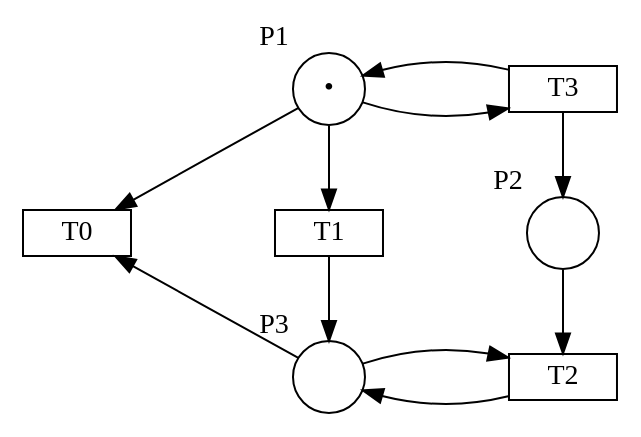
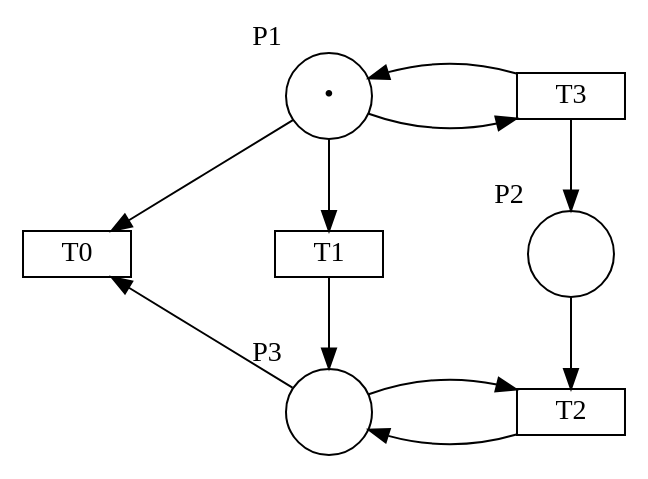
Before and after one commit to hlisdero/thesis: the diagram in dot/reachability-tree-example.dot, drawn with Graphviz. The commit also changed 5 other files, not shown here.

```diff
--- a/dot/reachability-tree-example.dot
+++ b/dot/reachability-tree-example.dot
@@ -1,25 +1,25 @@
 digraph reachability_tree {
     nodesep=1.0;
-    P1 [shape="circle" xlabel="P1" label="•"];
-    P2 [shape="circle" xlabel="P2" label=""];
-    P3 [shape="circle" xlabel="P3" label=""];
+    P1 [width=0.6 shape="circle" xlabel="P1" label="•"];
+    P2 [width=0.6 shape="circle" xlabel="P2" label=""];
+    P3 [width=0.6 shape="circle" xlabel="P3" label=""];
     
     T0 [height=0.1 shape="box" xlabel="" label="T0"];
     T1 [height=0.1 shape="box" xlabel="" label="T1"];
     T2 [height=0.1 shape="box" xlabel="" label="T2"];
     T3 [height=0.1 shape="box" xlabel="" label="T3"];
     
     P1 -> T1 -> P3;
     P1 -> T0;
     P3 -> T0;
     P1 -> T3;
     T3 -> P1;
     T3 -> P2 -> T2;
     T2 -> P3;
     P3 -> T2;
 
     // Order the nodes in 4 different levels
     {rank = min; T3; P1;}    
     {rank = same; P2; T1; T0}
     {rank = same; T2; P3;}
 }
```
